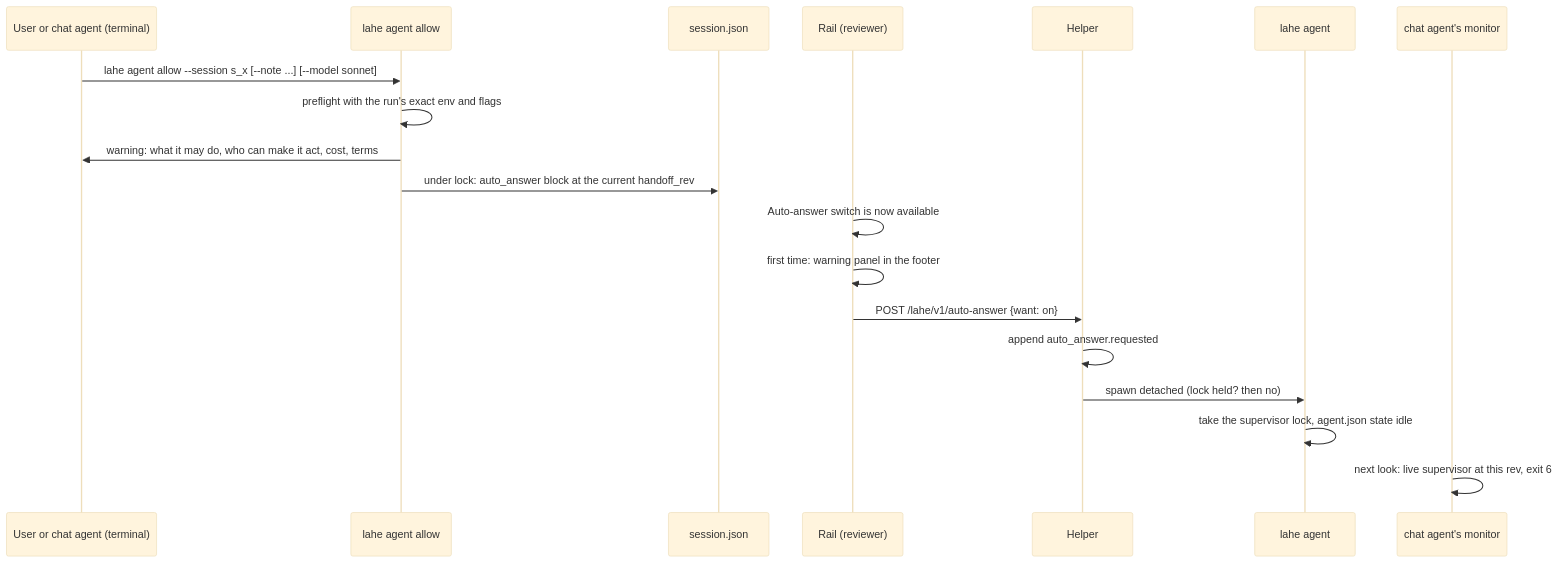
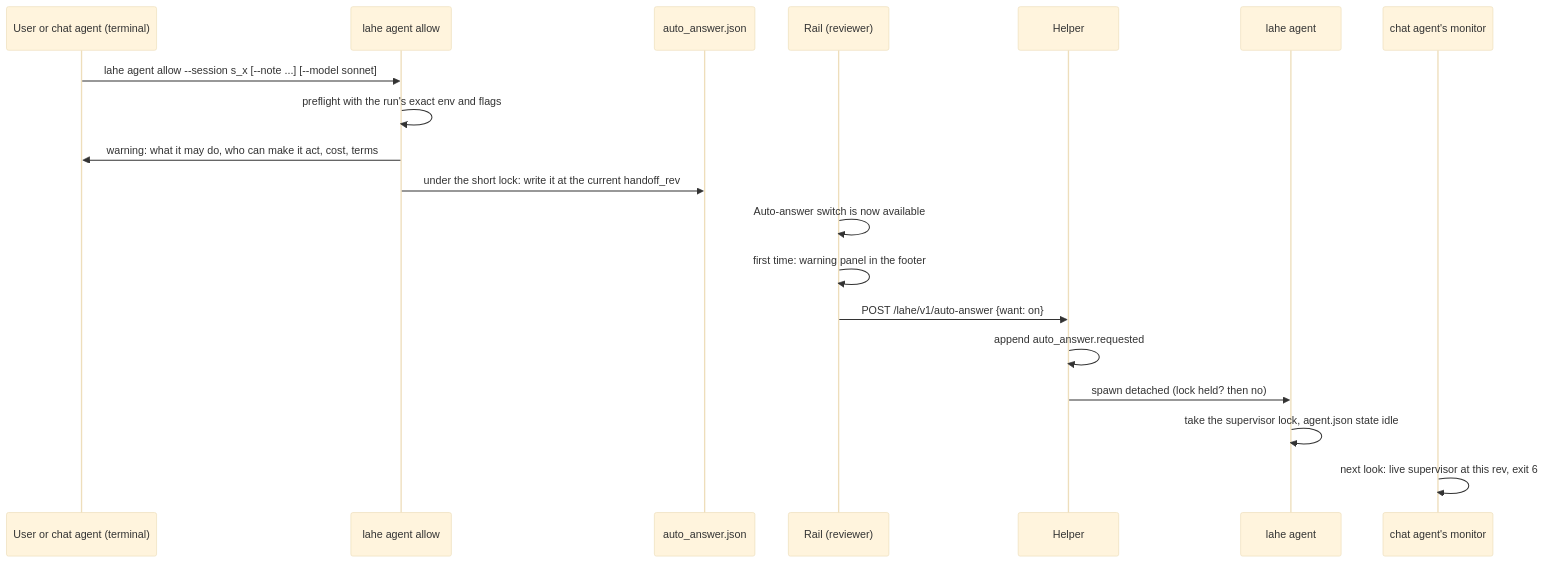
One commit to kenxle/live-agentic-html-editor changed the second of 6 diagrams in docs/features/20260929.01_lahe_agent_sdk/02_architecture_lahe_agent_sdk.md. Above: the diagram before and after it, drawn with Mermaid (base theme). The commit also changed other lines of this file and 3 other files, not shown here.

````diff
--- a/docs/features/20260929.01_lahe_agent_sdk/02_architecture_lahe_agent_sdk.md
+++ b/docs/features/20260929.01_lahe_agent_sdk/02_architecture_lahe_agent_sdk.md
@@ -237,22 +242,22 @@
 ```mermaid
 sequenceDiagram
   participant U as User or chat agent (terminal)
   participant CLI as lahe agent allow
-  participant S as session.json
+  participant S as auto_answer.json
   participant R as Rail (reviewer)
   participant H as Helper
   participant A as lahe agent
   participant M as chat agent's monitor
 
   U->>CLI: lahe agent allow --session s_x [--note ...] [--model sonnet]
   CLI->>CLI: preflight with the run's exact env and flags
   CLI->>U: warning: what it may do, who can make it act, cost, terms
-  CLI->>S: under lock: auto_answer block at the current handoff_rev
+  CLI->>S: under the short lock: write it at the current handoff_rev
   R->>R: Auto-answer switch is now available
   R->>R: first time: warning panel in the footer
   R->>H: POST /lahe/v1/auto-answer {want: on}
   H->>H: append auto_answer.requested
   H->>A: spawn detached (lock held? then no)
   A->>A: take the supervisor lock, agent.json state idle
   M->>M: next look: live supervisor at this rev, exit 6
 ```
````
